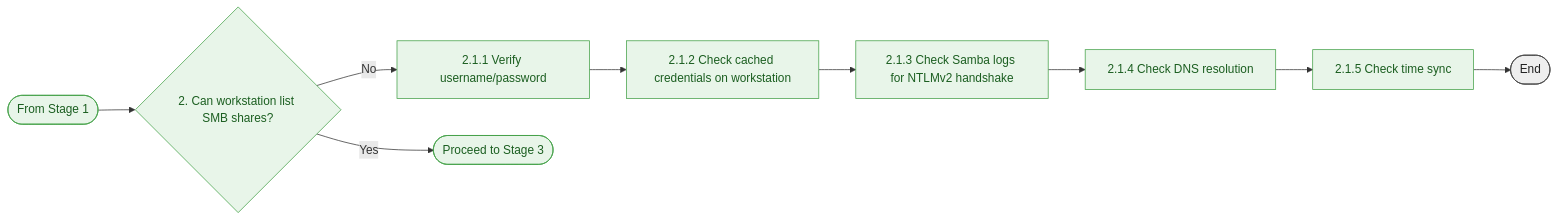
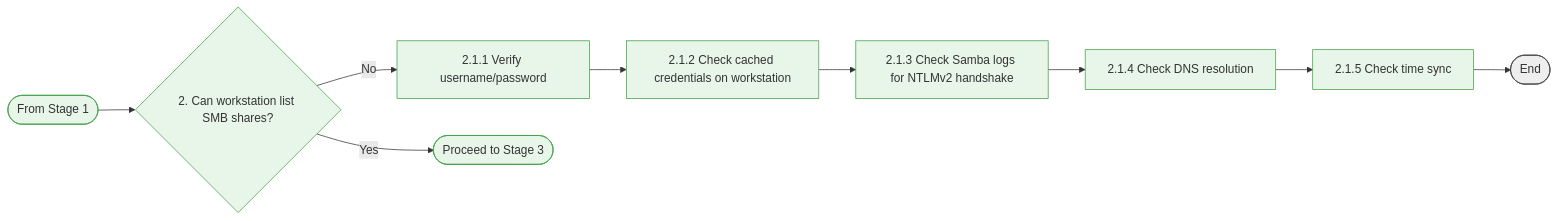
The first of 2 diagrams in docs/appendices/img/stage2.md (rikosintie/Haas_Data_collect), drawn with Mermaid before and after one commit. The commit also changed other lines of this file and 2 other files, not shown here.

Commit message:
Git Title: docs/appendices/img/stage1.md, stage2.md, stage3.md
Git Description:
Changed color of text to be easier to read

````diff
--- a/docs/appendices/img/stage2.md
+++ b/docs/appendices/img/stage2.md
@@ -1,24 +1,24 @@
 ```mermaid
 
 flowchart LR
 
-    classDef stage2 fill:#e8f5e9,stroke:#43a047,stroke-width:1px,color:#1b5e20;
-    classDef terminal fill:#eeeeee,stroke:#424242,color:#212121;
+    classDef stage2 fill:#e8f5e9,stroke:#43a047,stroke-width:1px,color:#1b5e20 !important;
+    classDef terminal fill:#eeeeee,stroke:#424242,color:#212121 !important;
 
     A([From Stage 1]) --> B{2. Can workstation list SMB shares?}
     class A,B stage2
 
     %% Listing fails
     B -->|No| C["2.1.1 Verify username/password"]
     C --> D["2.1.2 Check cached credentials on workstation"]
     D --> E["2.1.3 Check Samba logs for NTLMv2 handshake"]
     E --> F["2.1.4 Check DNS resolution"]
     F --> G["2.1.5 Check time sync"]
     G --> Z([End])
     class C,D,E,F,G stage2
     class Z terminal
 
     %% Listing succeeds
     B -->|Yes| H([Proceed to Stage 3])
     class H stage2
 ```
````
